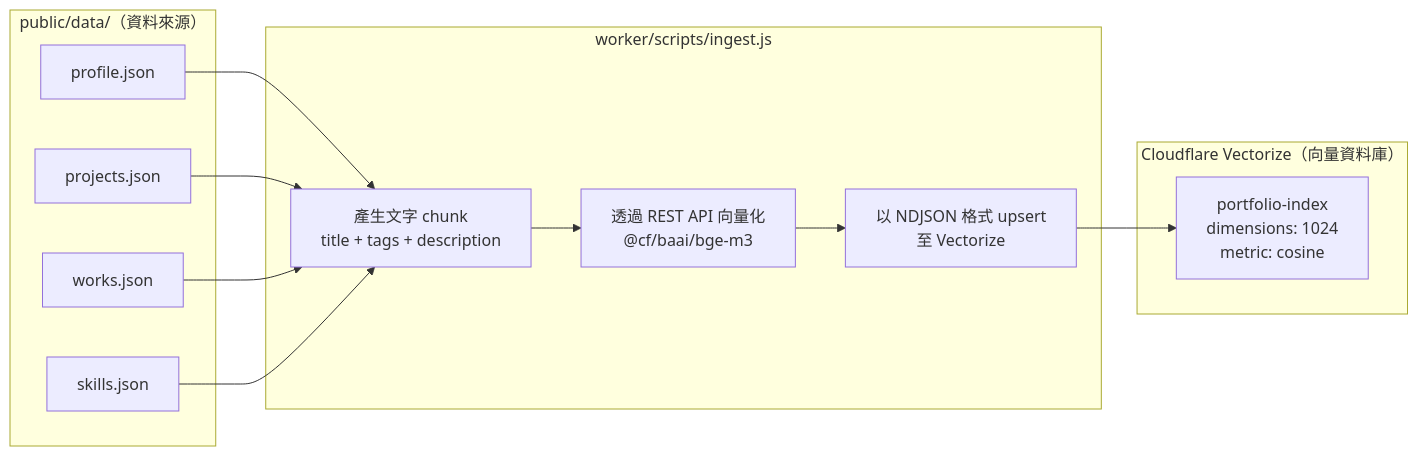
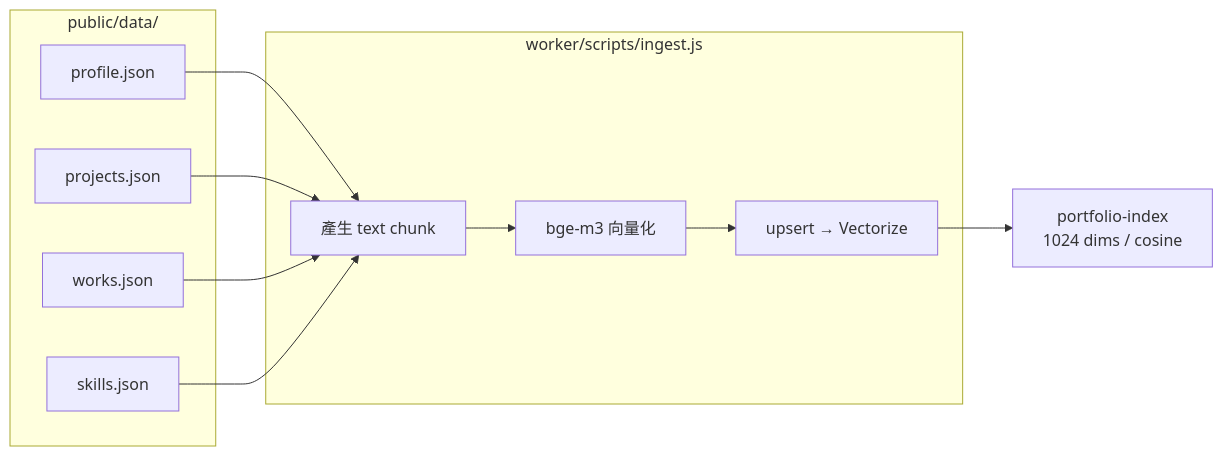
One commit to a920604a/self-reusme-website changed the fifth of 5 diagrams in docs/architecture.md. Above: the diagram before and after it, drawn with Mermaid. The commit also changed other lines of this file and 2 other files, not shown here.

Commit message:
refactor documentation: enhance routing, theme, and hooks sections in CLAUDE.md; update features and architecture in README.md and architecture.md

````diff
--- a/docs/architecture.md
+++ b/docs/architecture.md
@@ -178,21 +184,17 @@
 ```mermaid
 flowchart LR
-    subgraph Source["public/data/（資料來源）"]
+    subgraph Source["public/data/"]
         P["profile.json"]
         PR["projects.json"]
         W["works.json"]
         S["skills.json"]
     end
 
     subgraph Script["worker/scripts/ingest.js"]
-        CHUNK["產生文字 chunk\ntitle + tags + description"]
-        EMBED["透過 REST API 向量化\n@cf/baai/bge-m3"]
-        UPSERT["以 NDJSON 格式 upsert\n至 Vectorize"]
+        CHUNK["產生 text chunk"]
+        EMBED["bge-m3 向量化"]
+        UPSERT["upsert → Vectorize"]
     end
 
-    subgraph VZ["Cloudflare Vectorize（向量資料庫）"]
-        IDX["portfolio-index\ndimensions: 1024\nmetric: cosine"]
-    end
-
-    P & PR & W & S --> CHUNK --> EMBED --> UPSERT --> IDX
+    P & PR & W & S --> CHUNK --> EMBED --> UPSERT --> IDX["portfolio-index\n1024 dims / cosine"]
 ```
````
